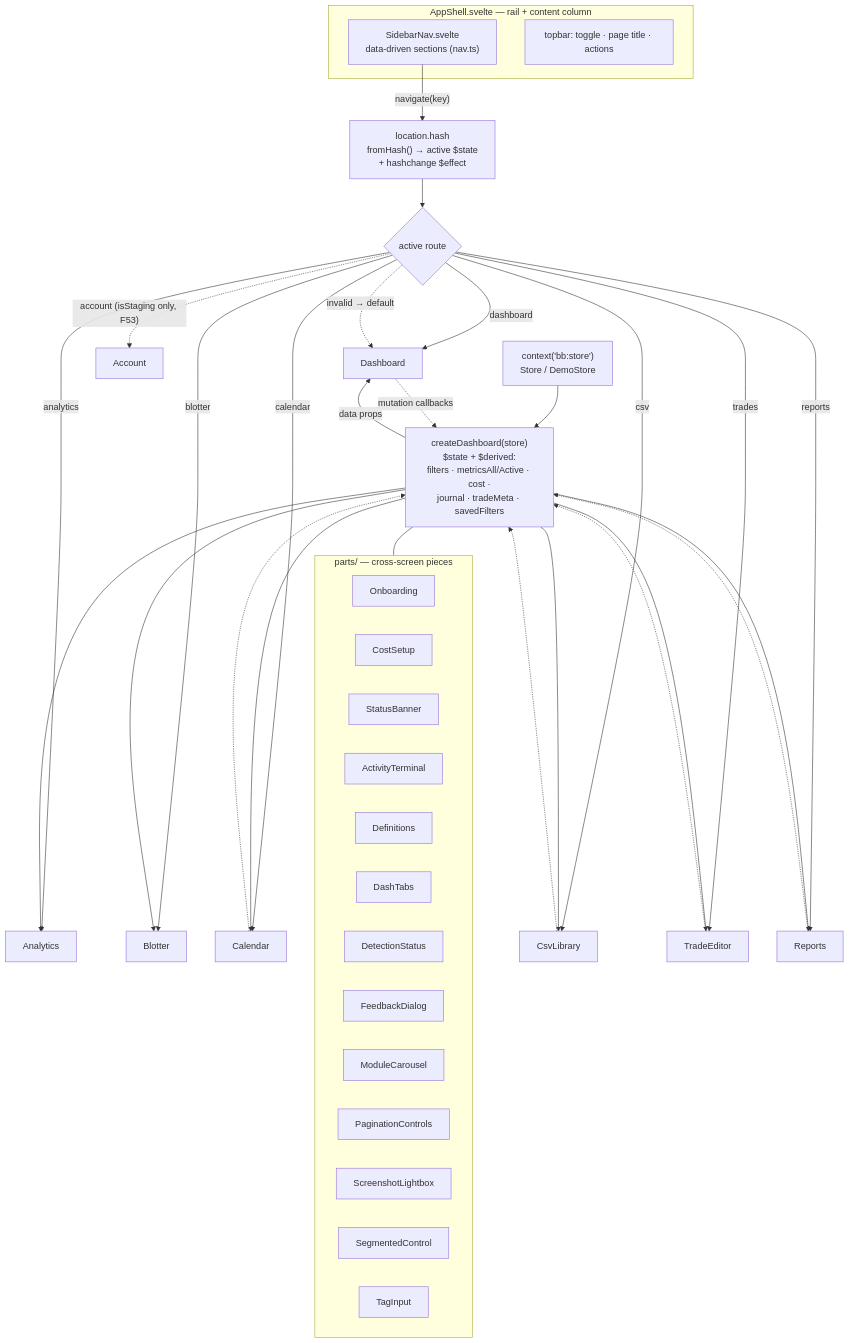
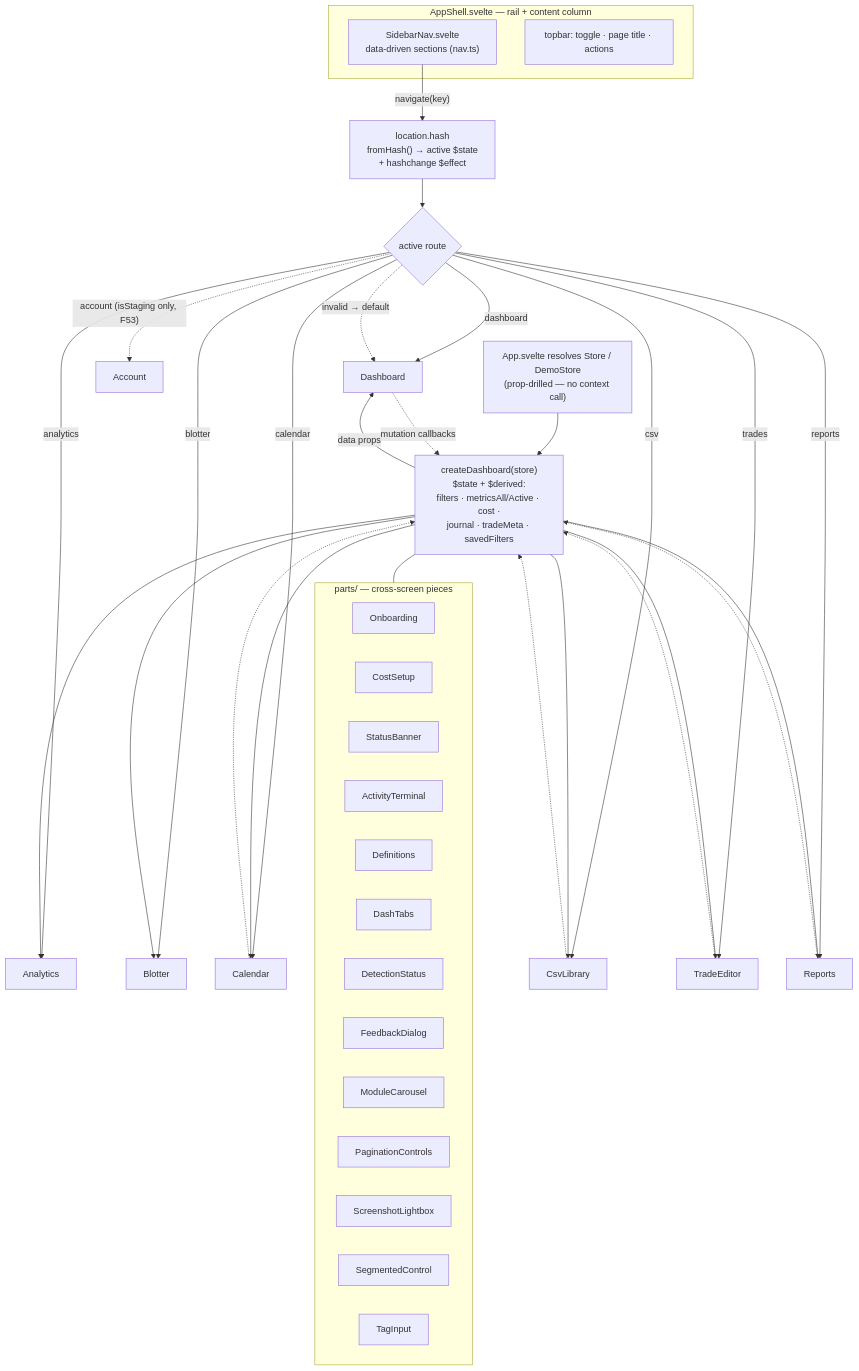
The diagram in docs/architecture-diagrams/app-shell-and-routing.md (mitchGuthrieDev/blotterbook), drawn with Mermaid before and after one commit. The commit also changed 4 other files, not shown here.

First line of the commit message:
docs: update diagram/design docs for prop-drilled Store seam (A224 follow-up) (#118)

````diff
--- a/docs/architecture-diagrams/app-shell-and-routing.md
+++ b/docs/architecture-diagrams/app-shell-and-routing.md
@@ -12,53 +12,53 @@
 ```mermaid
 flowchart TD
     subgraph SHELL["AppShell.svelte — rail + content column"]
         NAV["SidebarNav.svelte<br/>data-driven sections (nav.ts)"]
         TOP["topbar: toggle · page title · actions"]
     end
 
     NAV -->|"navigate(key)"| HASH["location.hash<br/>fromHash() → active $state<br/>+ hashchange $effect"]
     HASH --> ROUTER{"active route"}
 
     ROUTER -->|dashboard| D["Dashboard"]
     ROUTER -->|calendar| C["Calendar"]
     ROUTER -->|analytics| A["Analytics"]
     ROUTER -->|blotter| B["Blotter"]
     ROUTER -->|csv| CSV["CsvLibrary"]
     ROUTER -->|trades| TE["TradeEditor"]
     ROUTER -->|reports| R["Reports"]
     ROUTER -.->|"account (isStaging only, F53)"| ACC["Account"]
     ROUTER -.->|invalid → default| D
 
-    STORECTX["context('bb:store')<br/>Store / DemoStore"] --> DASHSTATE
+    STORECTX["App.svelte resolves Store / DemoStore<br/>(prop-drilled — no context call)"] --> DASHSTATE
     DASHSTATE["createDashboard(store)<br/>$state + $derived:<br/>filters · metricsAll/Active · cost ·<br/>journal · tradeMeta · savedFilters"]
 
     DASHSTATE -->|"data props"| D
     DASHSTATE --> C
     DASHSTATE --> A
     DASHSTATE --> B
     DASHSTATE --> CSV
     DASHSTATE --> TE
     DASHSTATE --> R
     D -.->|"mutation callbacks"| DASHSTATE
     TE -.-> DASHSTATE
     CSV -.-> DASHSTATE
     C -.-> DASHSTATE
     R -.-> DASHSTATE
 
     subgraph PARTS["parts/ — cross-screen pieces"]
         ONB["Onboarding"]
         CS["CostSetup"]
         SB["StatusBanner"]
         AT["ActivityTerminal"]
         DEF["Definitions"]
         DT["DashTabs"]
         DS["DetectionStatus"]
         FB["FeedbackDialog"]
         MC["ModuleCarousel"]
         PC["PaginationControls"]
         SL["ScreenshotLightbox"]
         SC["SegmentedControl"]
         TI["TagInput"]
     end
     DASHSTATE --- PARTS
 ```
````
